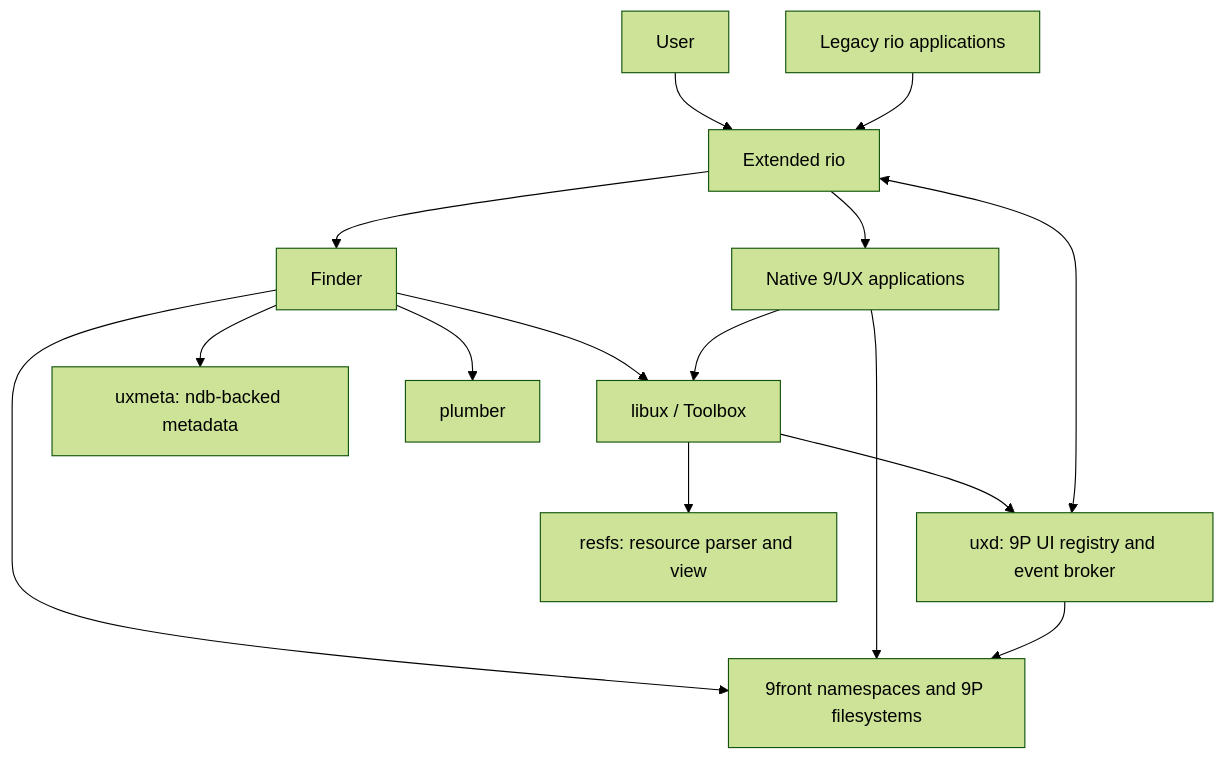
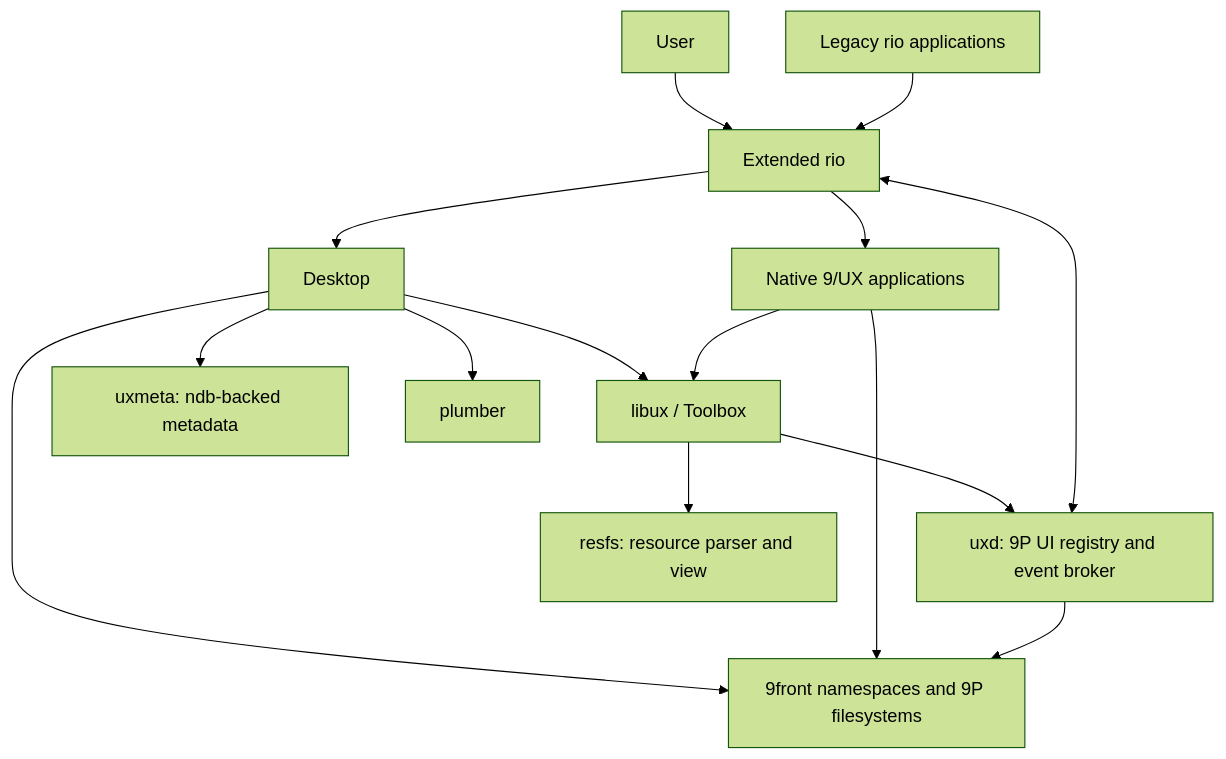
The diagram in docs/design.md (progrium/9ux), drawn with Mermaid (forest theme) before and after one commit. The commit also changed other lines of this file and 96 other files, not shown here.

First line of the commit message:
Rename Finder to Desktop

````diff
--- a/docs/design.md
+++ b/docs/design.md
@@ -31,17 +31,17 @@
 ```mermaid
 flowchart TD
     U[User] --> R[Extended rio]
-    R --> F[Finder]
+    R --> F[Desktop]
     R --> A[Native 9/UX applications]
     L[Legacy rio applications] --> R
     F --> T[libux / Toolbox]
     A --> T
     T --> B[uxd: 9P UI registry and event broker]
     R <--> B
     F --> M[uxmeta: ndb-backed metadata]
     F --> P[plumber]
     T --> S[resfs: resource parser and view]
     F --> N[9front namespaces and 9P filesystems]
     A --> N
     B --> N
 ```
````
